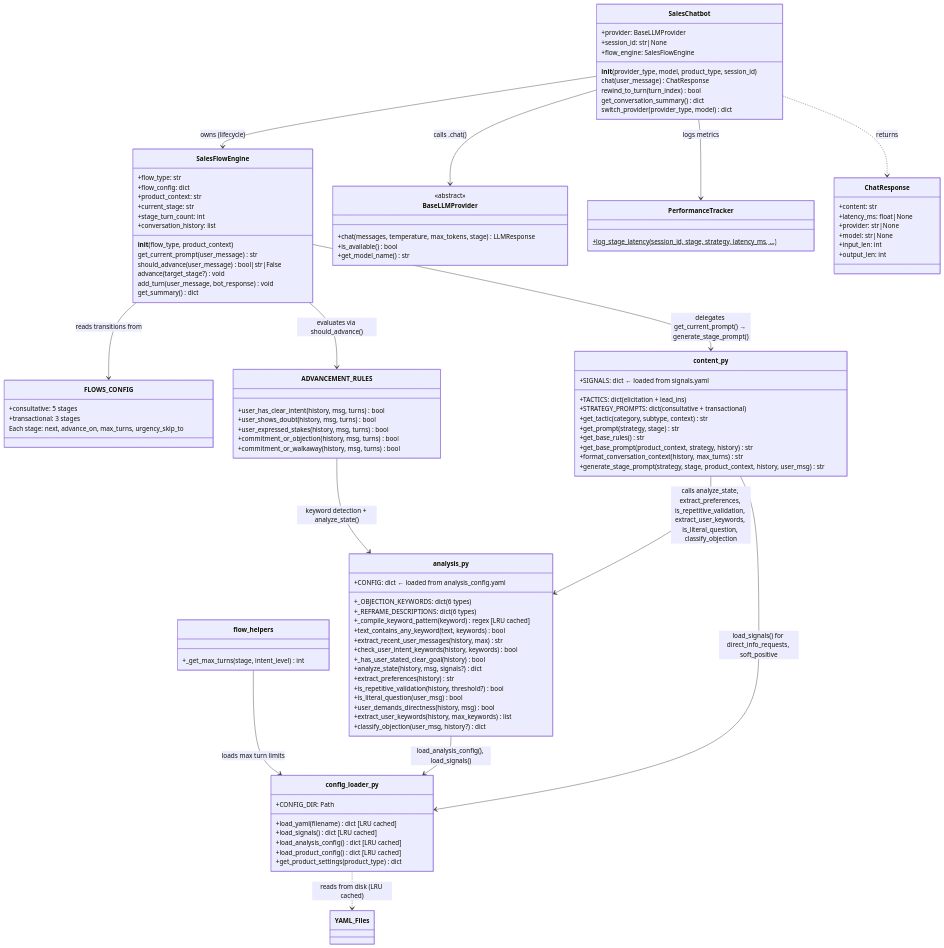
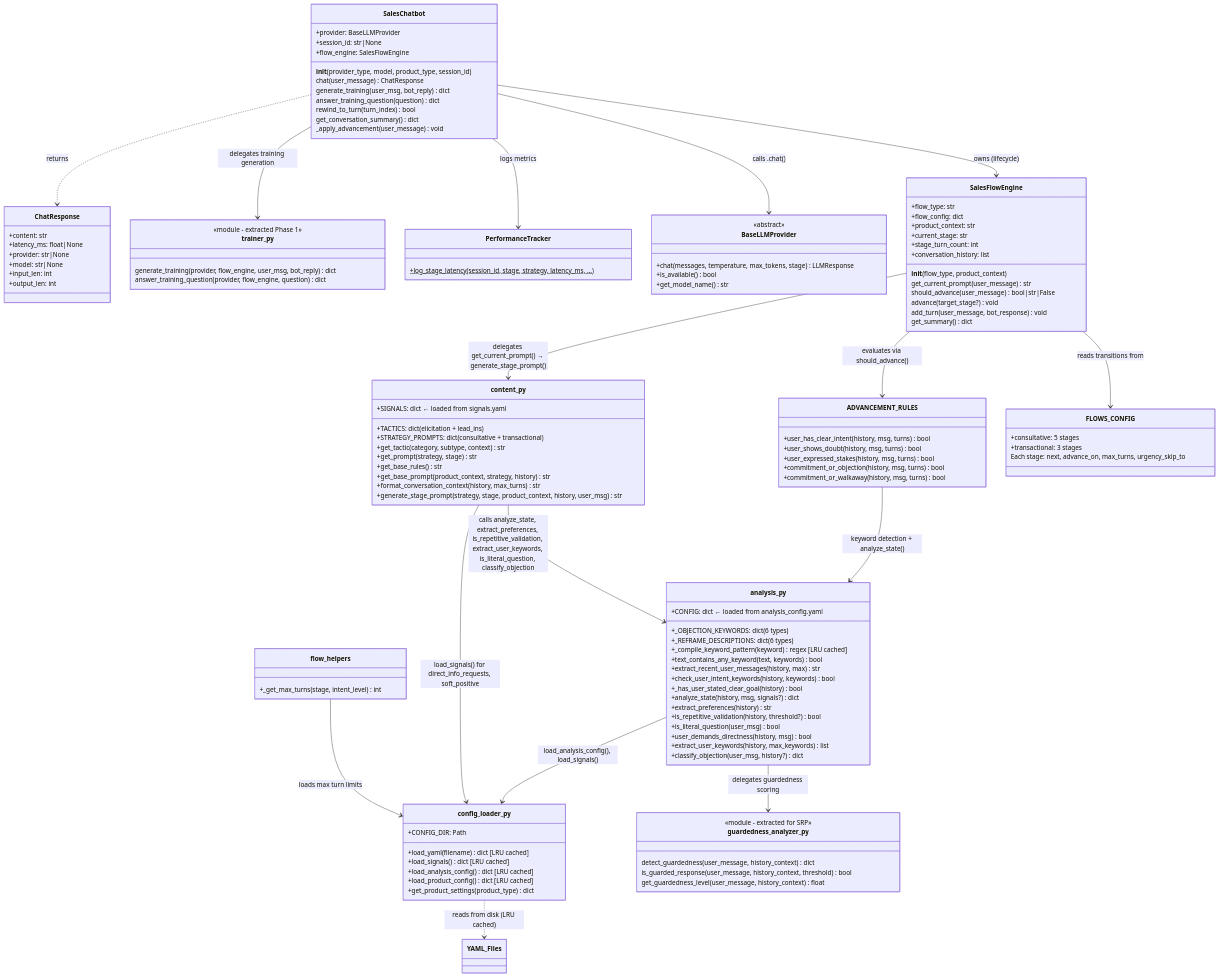
Before and after one commit to shaf-aston/FYP-sales-training-tool: diagram 12 of 46 in architecture diagrams.md, drawn with Mermaid. The commit also changed other lines of this file and 21 other files, not shown here.

````diff
--- a/architecture diagrams.md
+++ b/architecture diagrams.md
@@ -518,9 +739,24 @@
         +flow_engine: SalesFlowEngine
         __init__(provider_type, model, product_type, session_id)
         chat(user_message) ChatResponse
+        generate_training(user_msg, bot_reply) dict
+        answer_training_question(question) dict
         rewind_to_turn(turn_index) bool
         get_conversation_summary() dict
-        switch_provider(provider_type, model) dict
+        _apply_advancement(user_message) void
+    }
+
+    class trainer_py {
+        <<module - extracted Phase 1>>
+        generate_training(provider, flow_engine, user_msg, bot_reply) dict
+        answer_training_question(provider, flow_engine, question) dict
+    }
+
+    class guardedness_analyzer_py {
+        <<module - extracted for SRP>>
+        detect_guardedness(user_message, history_context) dict
+        is_guarded_response(user_message, history_context, threshold) bool
+        get_guardedness_level(user_message, history_context) float
     }
 
     class ChatResponse {
@@ -618,6 +854,7 @@
     SalesChatbot --> SalesFlowEngine : owns (lifecycle)
     SalesChatbot --> BaseLLMProvider : calls .chat()
     SalesChatbot --> PerformanceTracker : logs metrics
+    SalesChatbot --> trainer_py : delegates training generation
     SalesChatbot ..> ChatResponse : returns
 
     SalesFlowEngine --> FLOWS_CONFIG : reads transitions from
@@ -629,6 +866,7 @@
     content_py --> analysis_py : calls analyze_state, extract_preferences, is_repetitive_validation, extract_user_keywords, is_literal_question, classify_objection
     content_py --> config_loader_py : load_signals() for direct_info_requests, soft_positive
 
+    analysis_py --> guardedness_analyzer_py : delegates guardedness scoring
     analysis_py --> config_loader_py : load_analysis_config(), load_signals()
     config_loader_py ..> YAML_Files : reads from disk (LRU cached)
 ```
````
